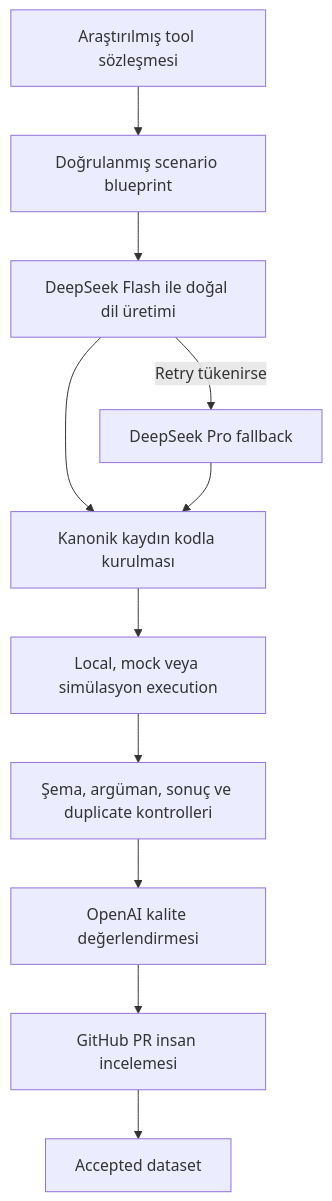
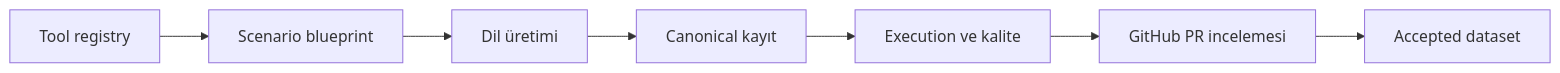
The diagram in README.md (bilalabic/magibu-toolcall), drawn with Mermaid before and after one commit. The commit also changed other lines of this file and 22 other files, not shown here.

````diff
--- a/README.md
+++ b/README.md
@@ -36,13 +45,9 @@
 ```mermaid
-flowchart TD
-    A["Araştırılmış tool sözleşmesi"] --> B["Doğrulanmış scenario blueprint"]
-    B --> C["DeepSeek Flash ile doğal dil üretimi"]
-    C -->|"Retry tükenirse"| D["DeepSeek Pro fallback"]
-    C --> E["Kanonik kaydın kodla kurulması"]
-    D --> E
-    E --> F["Local, mock veya simülasyon execution"]
-    F --> G["Şema, argüman, sonuç ve duplicate kontrolleri"]
-    G --> H["OpenAI kalite değerlendirmesi"]
-    H --> I["GitHub PR insan incelemesi"]
-    I --> J["Accepted dataset"]
+flowchart LR
+    A["Tool registry"] --> B["Scenario blueprint"]
+    B --> C["Dil üretimi"]
+    C --> D["Canonical kayıt"]
+    D --> E["Execution ve kalite"]
+    E --> F["GitHub PR incelemesi"]
+    F --> G["Accepted dataset"]
 ```
````
